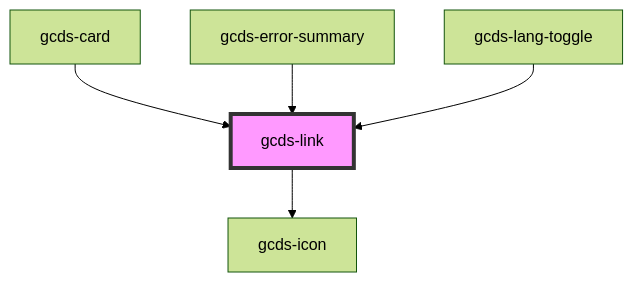
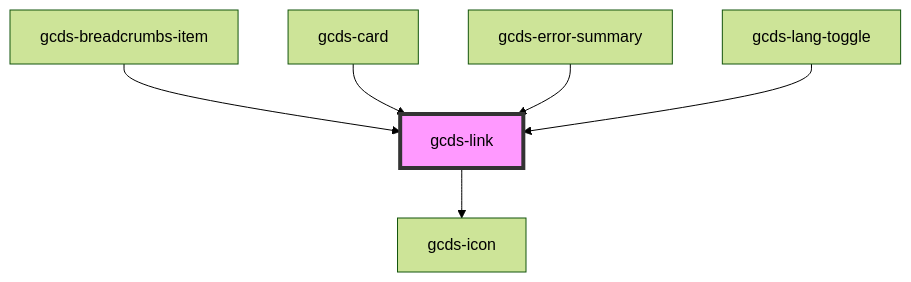
The diagram in packages/web/src/components/gcds-link/readme.md (cds-snc/gcds-components), drawn with Mermaid (forest theme) before and after one commit. The commit also changed other lines of this file and 3 other files, not shown here.

Commit message:
refactor: integrate gcds-link into gcds-breadcrumbs

````diff
--- a/packages/web/src/components/gcds-link/readme.md
+++ b/packages/web/src/components/gcds-link/readme.md
@@ -45,8 +46,9 @@
 ```mermaid
 graph TD;
   gcds-link --> gcds-icon
+  gcds-breadcrumbs-item --> gcds-link
   gcds-card --> gcds-link
   gcds-error-summary --> gcds-link
   gcds-lang-toggle --> gcds-link
   style gcds-link fill:#f9f,stroke:#333,stroke-width:4px
 ```
````
